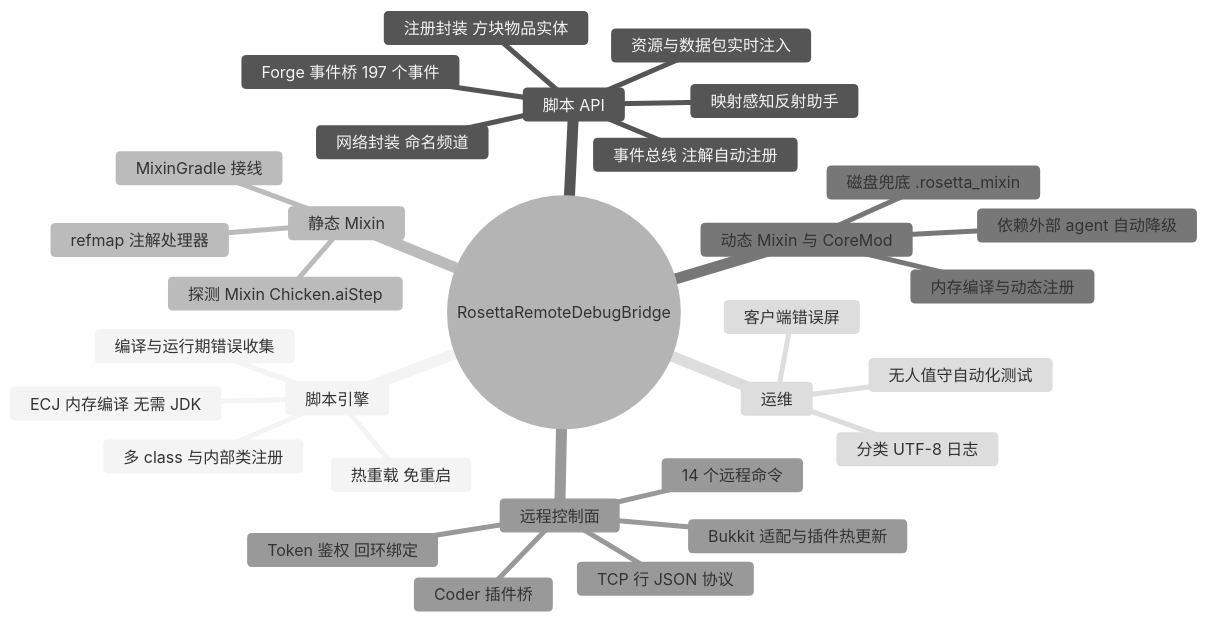
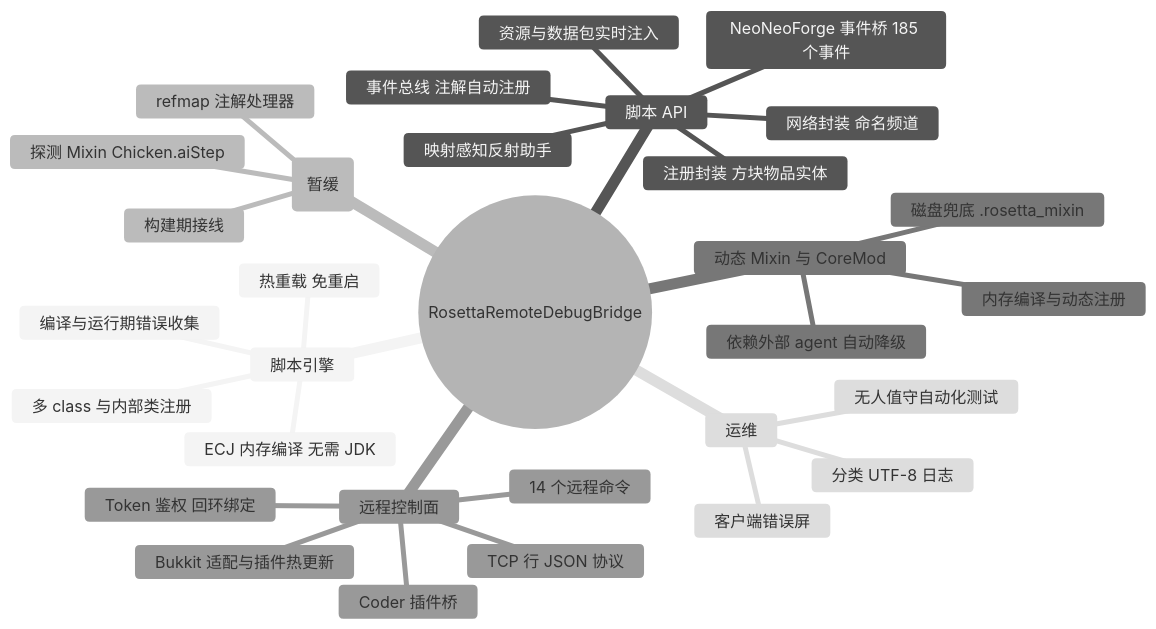
One commit to MineRealms/RosettaRemoteDebugBridge changed the first of 6 diagrams in README.md. Above: the diagram before and after it, drawn with Mermaid (neutral theme). The commit also changed other lines of this file and 39 other files, not shown here.

First line of the commit message:
Port to Minecraft 1.21.1 / NeoForge 21.1.235 (Java 21)

````diff
--- a/README.md
+++ b/README.md
@@ -26,34 +27,34 @@
 ```mermaid
 mindmap
   root((RosettaRemoteDebugBridge))
     脚本引擎
       ECJ 内存编译 无需 JDK
       热重载 免重启
       编译与运行期错误收集
       多 class 与内部类注册
     脚本 API
       事件总线 注解自动注册
-      Forge 事件桥 197 个事件
+      NeoNeoForge 事件桥 185 个事件
       映射感知反射助手
       网络封装 命名频道
       注册封装 方块物品实体
       资源与数据包实时注入
-    静态 Mixin
-      MixinGradle 接线
+    静态 Mixin(暂缓)
+      构建期接线
       refmap 注解处理器
       探测 Mixin Chicken.aiStep
     动态 Mixin 与 CoreMod
       内存编译与动态注册
       磁盘兜底 .rosetta_mixin
       依赖外部 agent 自动降级
     远程控制面
       TCP 行 JSON 协议
       Token 鉴权 回环绑定
       14 个远程命令
       Bukkit 适配与插件热更新
       Coder 插件桥
     运维
       分类 UTF-8 日志
       客户端错误屏
       无人值守自动化测试
 ```
````
